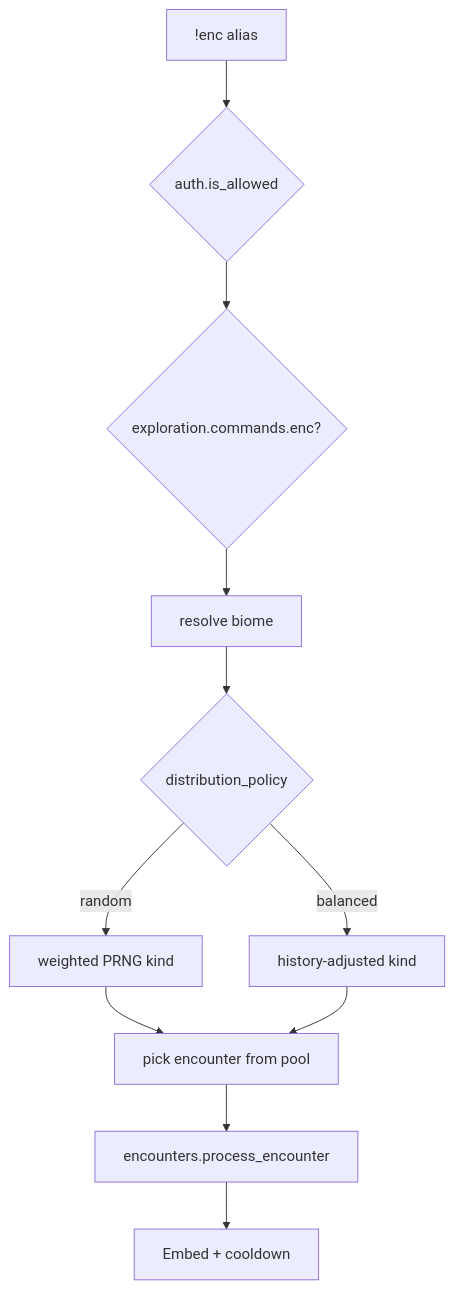
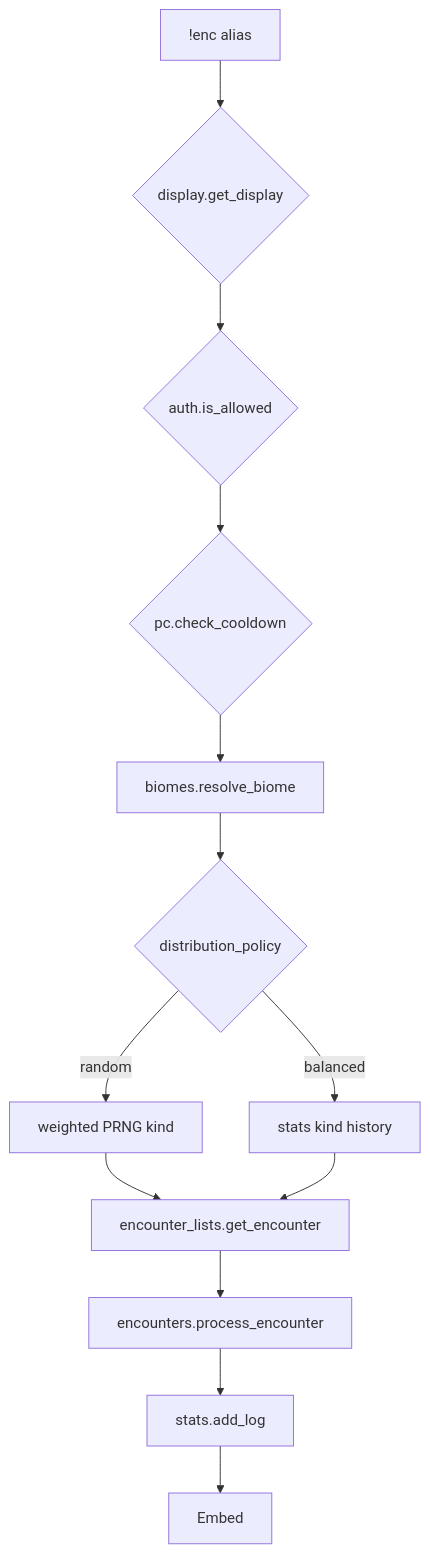
One commit to Sykander/westmarch-generic changed the diagram in docs/internal/projects/westmarch-statement/aliases/exploration/enc.md. Above: the diagram before and after it, drawn with Mermaid. The commit also changed other lines of this file and 64 other files, not shown here.

````diff
--- a/docs/internal/projects/westmarch-statement/aliases/exploration/enc.md
+++ b/docs/internal/projects/westmarch-statement/aliases/exploration/enc.md
@@ -63,13 +59,15 @@
 ```mermaid
 flowchart TD
-  A[!enc alias] --> B{auth.is_allowed}
-  B --> C{exploration.commands.enc?}
-  C --> D[resolve biome]
-  D --> E{distribution_policy}
-  E -->|random| F[weighted PRNG kind]
-  E -->|balanced| G[history-adjusted kind]
-  F --> H[pick encounter from pool]
-  G --> H
-  H --> I[encounters.process_encounter]
-  I --> J[Embed + cooldown]
+  A[!enc alias] --> B{display.get_display}
+  B --> C{auth.is_allowed}
+  C --> D{pc.check_cooldown}
+  D --> E[biomes.resolve_biome]
+  E --> F{distribution_policy}
+  F -->|random| G[weighted PRNG kind]
+  F -->|balanced| H[stats kind history]
+  G --> I[encounter_lists.get_encounter]
+  H --> I
+  I --> J[encounters.process_encounter]
+  J --> K[stats.add_log]
+  K --> L[Embed]
 ```
````
